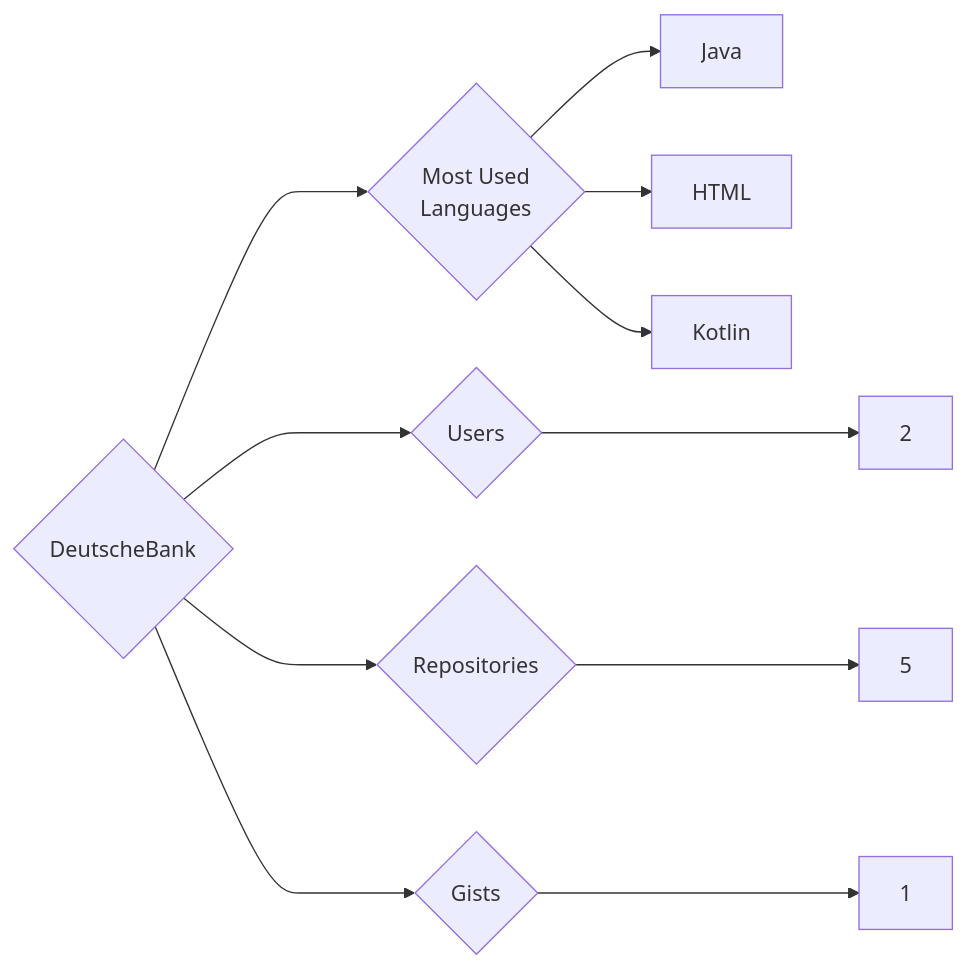
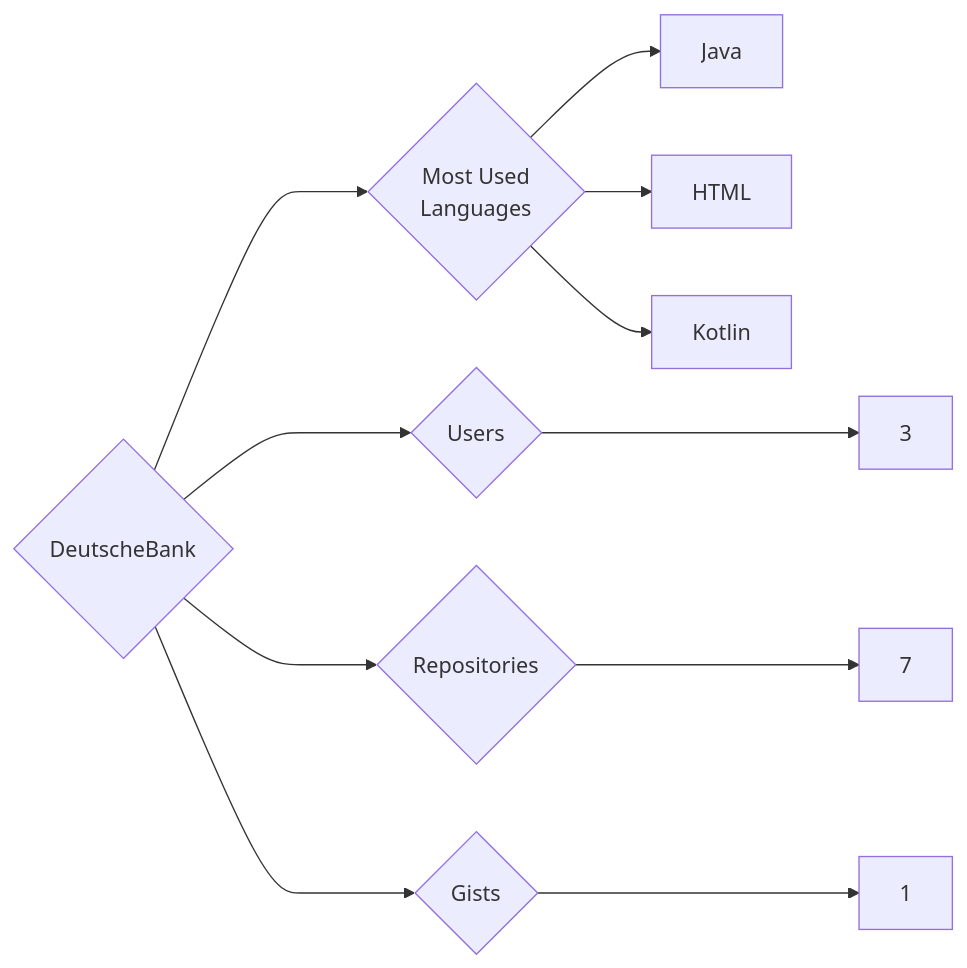
Before and after one commit to trickest/insiders: the diagram in targets/DeutscheBank/README.md, drawn with Mermaid. The commit also changed 776 other files, not shown here.

````diff
--- a/targets/DeutscheBank/README.md
+++ b/targets/DeutscheBank/README.md
@@ -3,11 +3,11 @@
 ```mermaid
 graph LR
 COMPANY_NAME{DeutscheBank}
-COMPANY_NAME ---> U{Users} ---> UN[2]
-COMPANY_NAME ---> R{Repositories} ---> RN[5]
+COMPANY_NAME ---> U{Users} ---> UN[3]
+COMPANY_NAME ---> R{Repositories} ---> RN[7]
 COMPANY_NAME ---> G{Gists} ---> GN[1]
 COMPANY_NAME ---> ML{Most Used<br>Languages}
 ML --> Java[Java]
 ML --> HTML[HTML]
 ML --> Kotlin[Kotlin]
 ```
````
